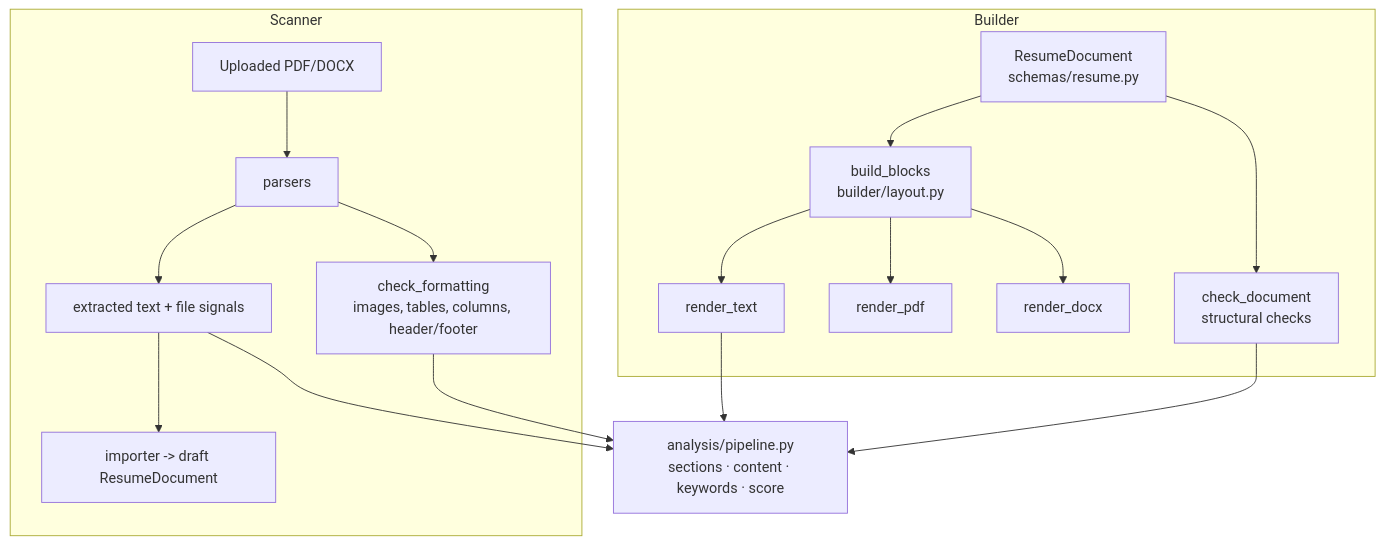
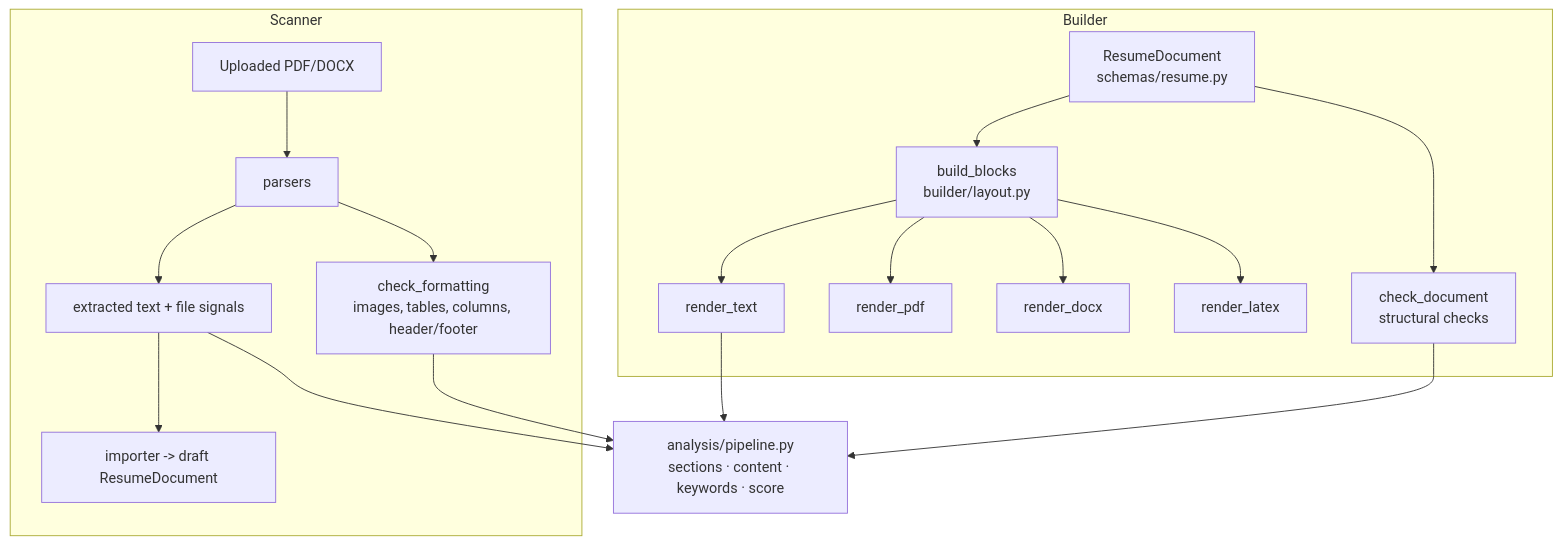
The second of 6 diagrams in ARCHITECTURE.md (Atikul-Dipto/ats-resume-scanner), drawn with Mermaid before and after one commit. The commit also changed other lines of this file and 48 other files, not shown here.

````diff
--- a/ARCHITECTURE.md
+++ b/ARCHITECTURE.md
@@ -98,19 +98,20 @@
 ```mermaid
 flowchart TB
     subgraph Builder
       D[ResumeDocument<br/>schemas/resume.py] --> L[build_blocks<br/>builder/layout.py]
       L --> TXT[render_text]
       L --> PDF[render_pdf]
       L --> DOCX[render_docx]
+      L --> TEX[render_latex]
       D --> CHK[check_document<br/>structural checks]
     end
     subgraph Scanner
       F[Uploaded PDF/DOCX] --> P[parsers] --> PT[extracted text + file signals]
       P --> FMT[check_formatting<br/>images, tables, columns, header/footer]
       PT --> IMP[importer -> draft ResumeDocument]
     end
     TXT --> S[analysis/pipeline.py<br/>sections · content · keywords · score]
     CHK --> S
     PT --> S
     FMT --> S
 ```
````
